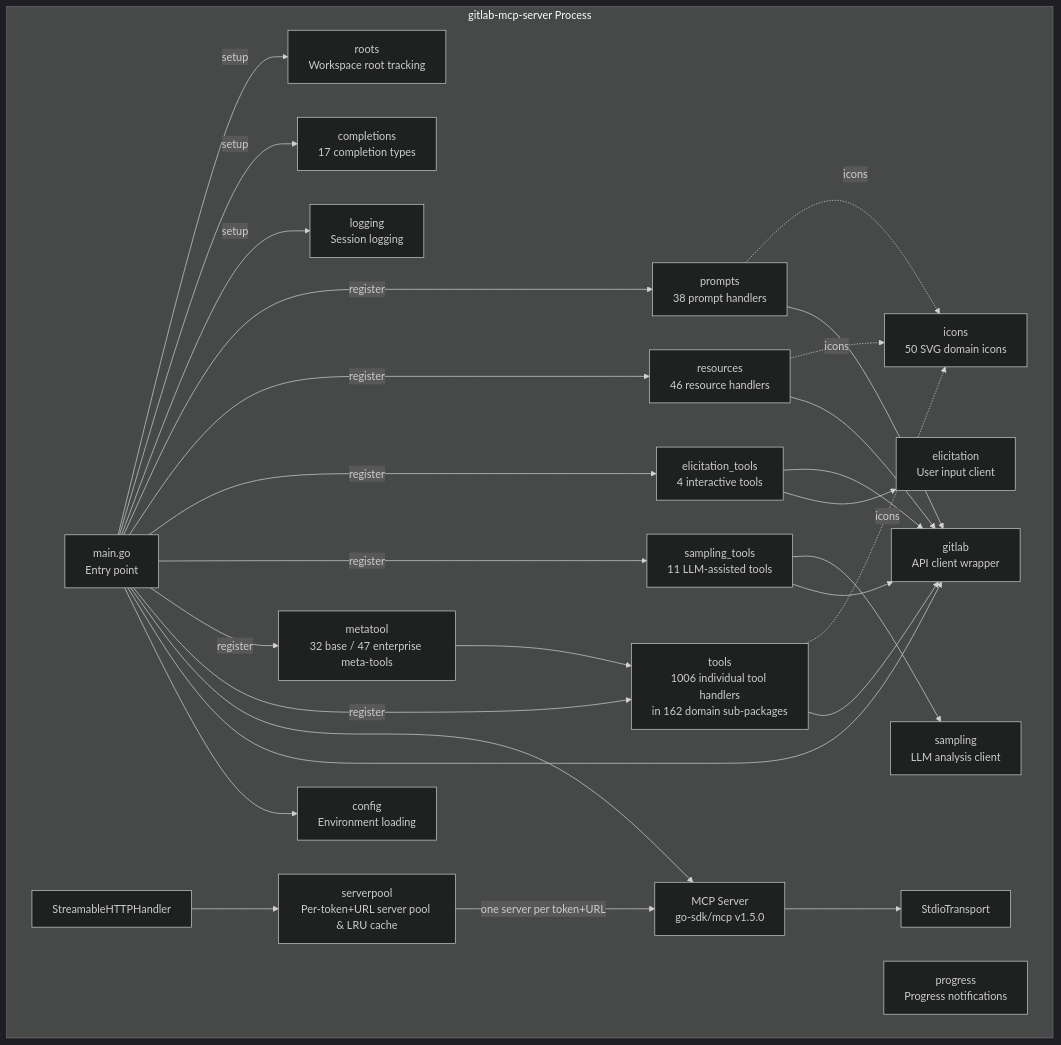
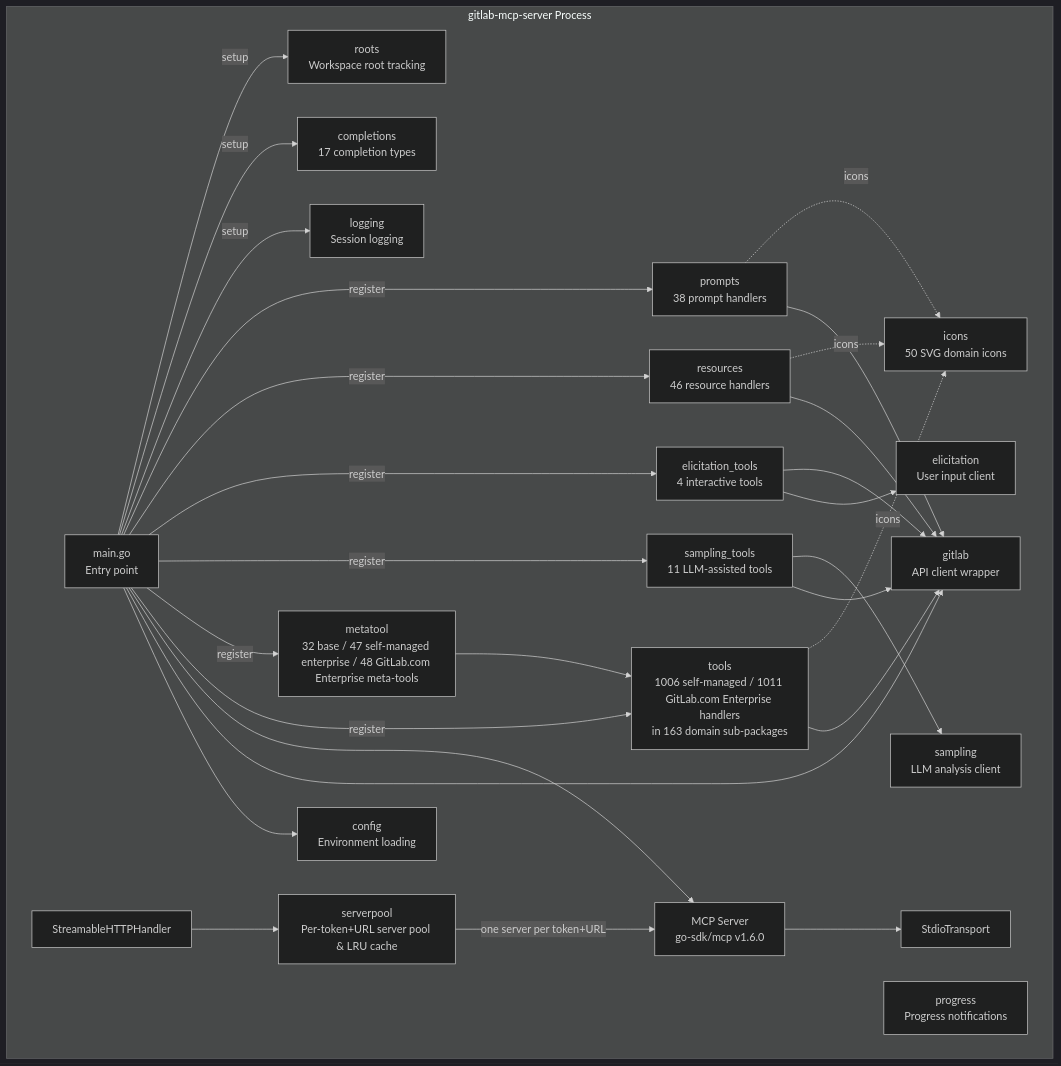
One commit to jmrplens/gitlab-mcp-server changed the third of 9 diagrams in docs/architecture.md. Above: the diagram before and after it, drawn with Mermaid (dark theme). The commit also changed other lines of this file and 100 other files, not shown here.

First line of the commit message:
Update dependencies and add GitLab Orbit tools (#69)

````diff
--- a/docs/architecture.md
+++ b/docs/architecture.md
@@ -64,52 +64,52 @@
 ```mermaid
 graph TD
     subgraph "gitlab-mcp-server Process"
         MAIN[main.go<br/>Entry point]
         CFG[config<br/>Environment loading]
         GL[gitlab<br/>API client wrapper]
-        TOOLS[tools<br/>1006 individual tool handlers<br/>in 162 domain sub-packages]
-        META[metatool<br/>32 base / 47 enterprise meta-tools]
+        TOOLS[tools<br/>1006 self-managed / 1011 GitLab.com Enterprise handlers<br/>in 163 domain sub-packages]
+        META[metatool<br/>32 base / 47 self-managed enterprise / 48 GitLab.com Enterprise meta-tools]
         SAMP[sampling_tools<br/>11 LLM-assisted tools]
         ELIC[elicitation_tools<br/>4 interactive tools]
         RES[resources<br/>46 resource handlers]
         PROMPTS[prompts<br/>38 prompt handlers]
         LOG[logging<br/>Session logging]
         COMP[completions<br/>17 completion types]
         ROOTS[roots<br/>Workspace root tracking]
         PROG[progress<br/>Progress notifications]
         SAMPLING[sampling<br/>LLM analysis client]
         ELICIT[elicitation<br/>User input client]
         ICN[icons<br/>50 SVG domain icons]
-        SRV[MCP Server<br/>go-sdk/mcp v1.5.0]
+        SRV[MCP Server<br/>go-sdk/mcp v1.6.0]
         STDIO[StdioTransport]
         HTTP[StreamableHTTPHandler]
         POOL[serverpool<br/>Per-token+URL server pool & LRU cache]
     end
 
     MAIN --> CFG
     MAIN --> GL
     MAIN --> SRV
     SRV --> STDIO
     HTTP --> POOL
     POOL -->|one server per token+URL| SRV
     TOOLS --> GL
     META --> TOOLS
     SAMP --> GL
     SAMP --> SAMPLING
     ELIC --> ELICIT
     ELIC --> GL
     RES --> GL
     PROMPTS --> GL
     MAIN -->|register| TOOLS
     MAIN -->|register| META
     MAIN -->|register| SAMP
     MAIN -->|register| ELIC
     MAIN -->|register| RES
     MAIN -->|register| PROMPTS
     TOOLS -.->|icons| ICN
     RES -.->|icons| ICN
     PROMPTS -.->|icons| ICN
     MAIN -->|setup| LOG
     MAIN -->|setup| COMP
     MAIN -->|setup| ROOTS
 ```
````
